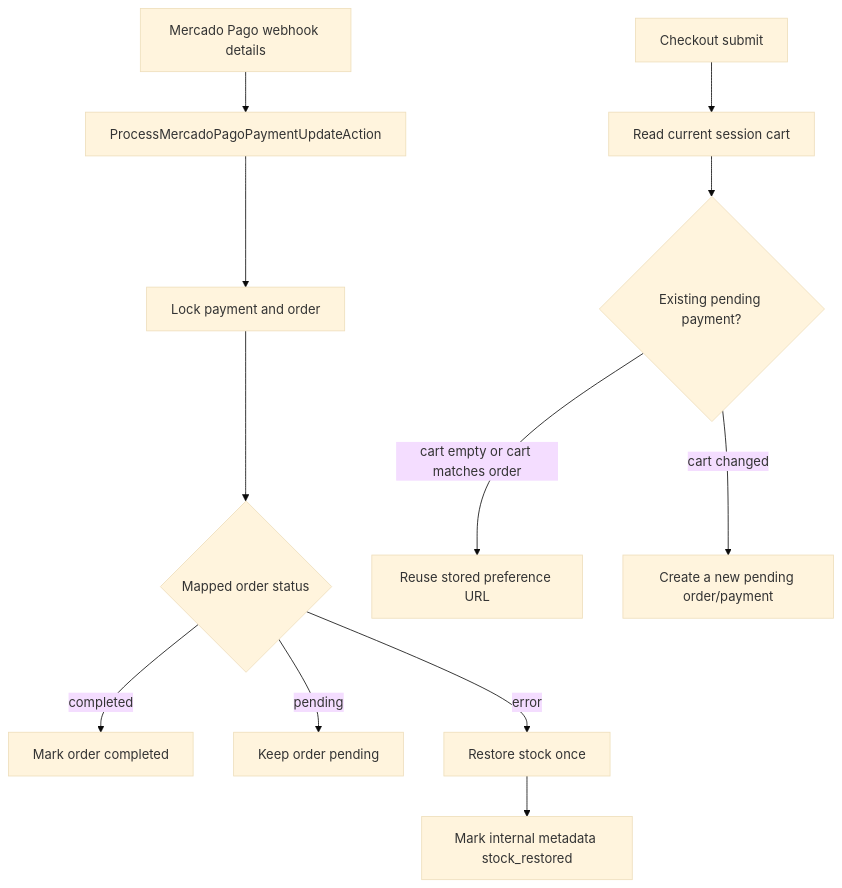
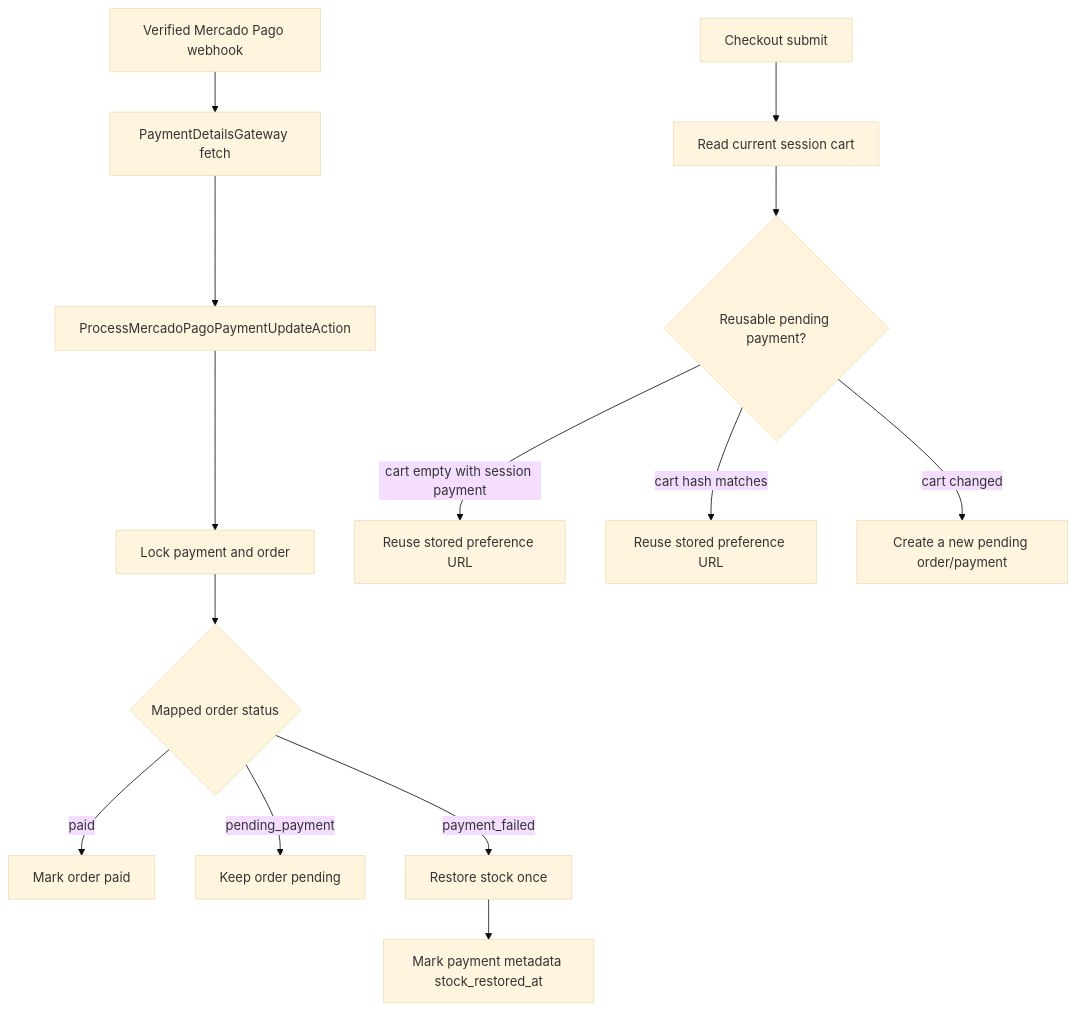
One commit to rafaeldoria/ecommerce changed the diagram in .codex/docs/waves/wave-05.md. Above: the diagram before and after it, drawn with Mermaid (base theme). The commit also changed other lines of this file and 24 other files, not shown here.

First line of the commit message:
Complete Mercado Pago payment integration waves (#16)

````diff
--- a/.codex/docs/waves/wave-05.md
+++ b/.codex/docs/waves/wave-05.md
@@ -15,15 +20,17 @@
 ```mermaid
 flowchart TD
-    A[Mercado Pago webhook details] --> B[ProcessMercadoPagoPaymentUpdateAction]
-    B --> C[Lock payment and order]
-    C --> D{Mapped order status}
-    D -->|completed| E[Mark order completed]
-    D -->|pending| F[Keep order pending]
-    D -->|error| G[Restore stock once]
-    G --> H[Mark internal metadata stock_restored]
+    A[Verified Mercado Pago webhook] --> B[PaymentDetailsGateway fetch]
+    B --> C[ProcessMercadoPagoPaymentUpdateAction]
+    C --> D[Lock payment and order]
+    D --> E{Mapped order status}
+    E -->|paid| F[Mark order paid]
+    E -->|pending_payment| G[Keep order pending]
+    E -->|payment_failed| H[Restore stock once]
+    H --> I[Mark payment metadata stock_restored_at]
 
-    I[Checkout submit] --> J[Read current session cart]
-    J --> K{Existing pending payment?}
-    K -->|cart empty or cart matches order| L[Reuse stored preference URL]
-    K -->|cart changed| M[Create a new pending order/payment]
+    J[Checkout submit] --> K[Read current session cart]
+    K --> L{Reusable pending payment?}
+    L -->|cart empty with session payment| M[Reuse stored preference URL]
+    L -->|cart hash matches| N[Reuse stored preference URL]
+    L -->|cart changed| O[Create a new pending order/payment]
 ```
````
